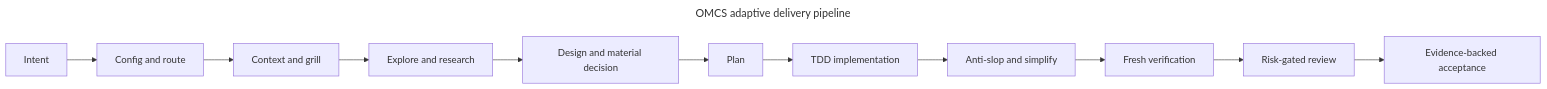
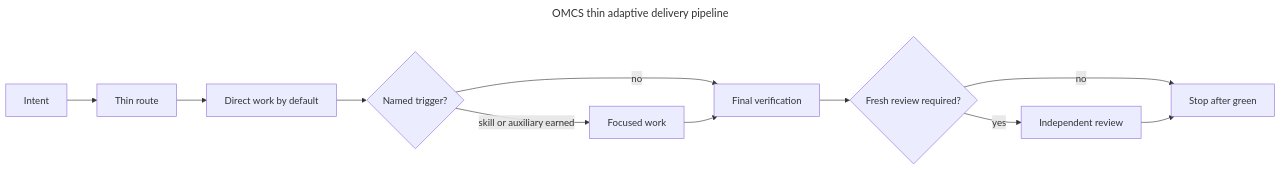
One commit to Rafcin/oh-my-codex-slim changed the diagram in docs/diagrams/omcs-pipeline.mmd. Above: the diagram before and after it, drawn with Mermaid. The commit also changed 13 other files, not shown here.

Commit message:
docs: explain the OMCS thin kernel

```diff
--- a/docs/diagrams/omcs-pipeline.mmd
+++ b/docs/diagrams/omcs-pipeline.mmd
@@ -1,14 +1,14 @@
 ---
-title: OMCS adaptive delivery pipeline
+title: OMCS thin adaptive delivery pipeline
 ---
 flowchart LR
-    A[Intent] --> B[Config and route]
-    B --> C[Context and grill]
-    C --> D[Explore and research]
-    D --> E[Design and material decision]
-    E --> F[Plan]
-    F --> G[TDD implementation]
-    G --> H[Anti-slop and simplify]
-    H --> I[Fresh verification]
-    I --> J[Risk-gated review]
-    J --> K[Evidence-backed acceptance]
+    A[Intent] --> B[Thin route]
+    B --> C[Direct work by default]
+    C --> D{Named trigger?}
+    D -- skill or auxiliary earned --> E[Focused work]
+    D -- no --> F[Final verification]
+    E --> F
+    F --> G{Fresh review required?}
+    G -- yes --> H[Independent review]
+    G -- no --> I[Stop after green]
+    H --> I
```
